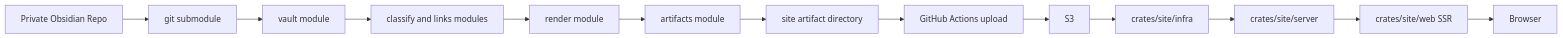
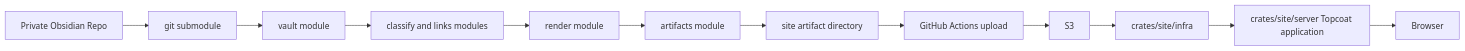
Before and after one commit to okawak/okawak_blog: the first of 4 diagrams in docs/architecture/architecture.md, drawn with Mermaid. The commit also changed other lines of this file and 32 other files, not shown here.

Commit message:
refactor(site): consolidate Topcoat application crate

````diff
--- a/docs/architecture/architecture.md
+++ b/docs/architecture/architecture.md
@@ -23,15 +23,14 @@
 ```mermaid
 flowchart LR
     A[Private Obsidian Repo] --> B[git submodule]
     B --> C[vault module]
     C --> D[classify and links modules]
     D --> E[render module]
     E --> F[artifacts module]
     F --> G[site artifact directory]
     G --> H[GitHub Actions upload]
     H --> I[S3]
     I --> J[crates/site/infra]
-    J --> K[crates/site/server]
-    K --> L[crates/site/web SSR]
-    L --> M[Browser]
+    J --> K[crates/site/server Topcoat application]
+    K --> M[Browser]
 ```
````
